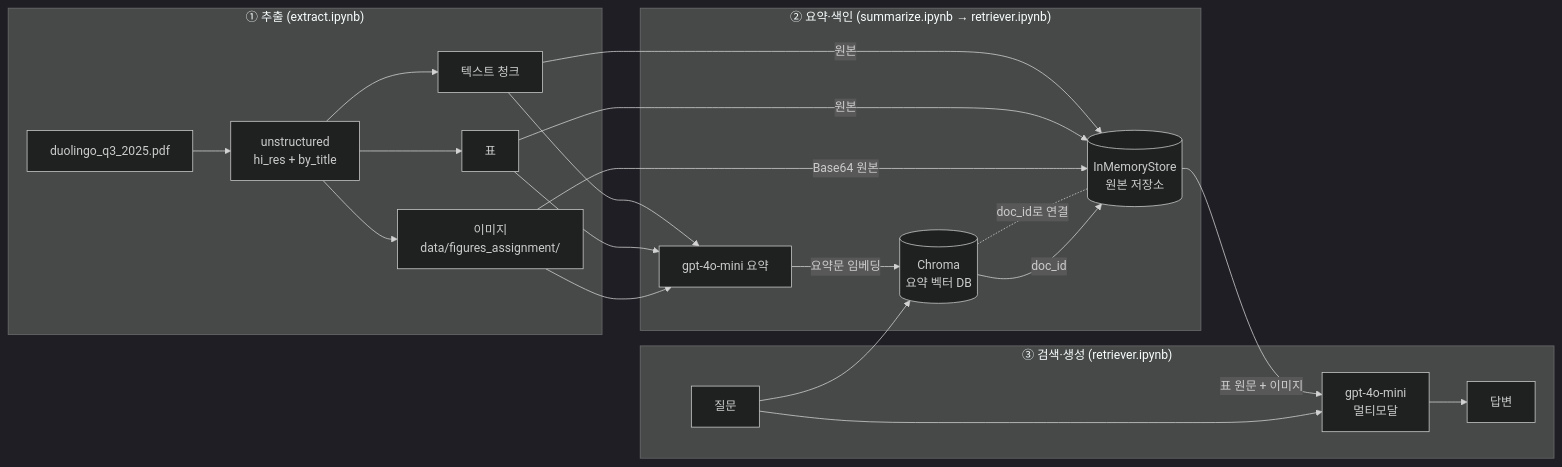
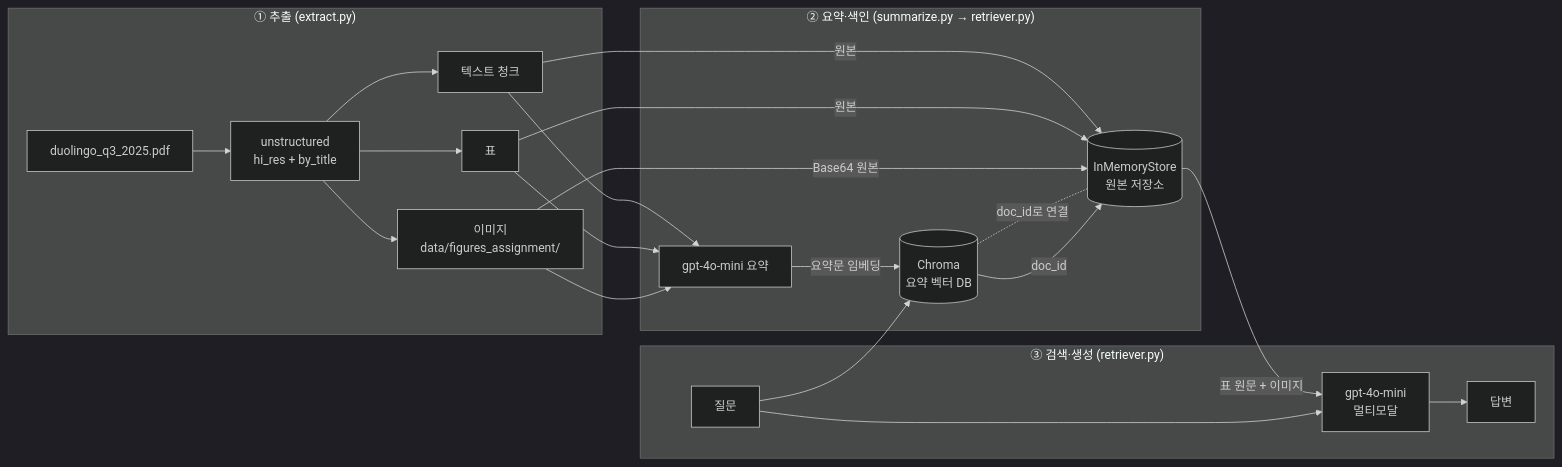
One commit to SeoHyun1024/multimodal-rag changed the diagram in README.md. Above: the diagram before and after it, drawn with Mermaid (dark theme). The commit also changed other lines of this file, not shown here.

````diff
--- a/README.md
+++ b/README.md
@@ -20,28 +20,28 @@
 ```mermaid
 flowchart LR
-    subgraph S1["① 추출 (extract.ipynb)"]
+    subgraph S1["① 추출 (extract.py)"]
         PDF[duolingo_q3_2025.pdf] --> U["unstructured<br/>hi_res + by_title"]
         U --> T[텍스트 청크]
         U --> TB[표]
         U --> IMG["이미지<br/>data/figures_assignment/"]
     end
 
-    subgraph S2["② 요약·색인 (summarize.ipynb → retriever.ipynb)"]
+    subgraph S2["② 요약·색인 (summarize.py → retriever.py)"]
         T --> SUM[gpt-4o-mini 요약]
         TB --> SUM
         IMG --> SUM
         SUM -->|요약문 임베딩| VS[("Chroma<br/>요약 벡터 DB")]
         T -->|원본| DS[("InMemoryStore<br/>원본 저장소")]
         TB -->|원본| DS
         IMG -->|Base64 원본| DS
         VS -. doc_id로 연결 .- DS
     end
 
-    subgraph S3["③ 검색·생성 (retriever.ipynb)"]
+    subgraph S3["③ 검색·생성 (retriever.py)"]
         Q[질문] --> VS
         VS -->|doc_id| DS
         DS -->|"표 원문 + 이미지"| LLM["gpt-4o-mini<br/>멀티모달"]
         Q --> LLM
         LLM --> A[답변]
     end
 ```
````
